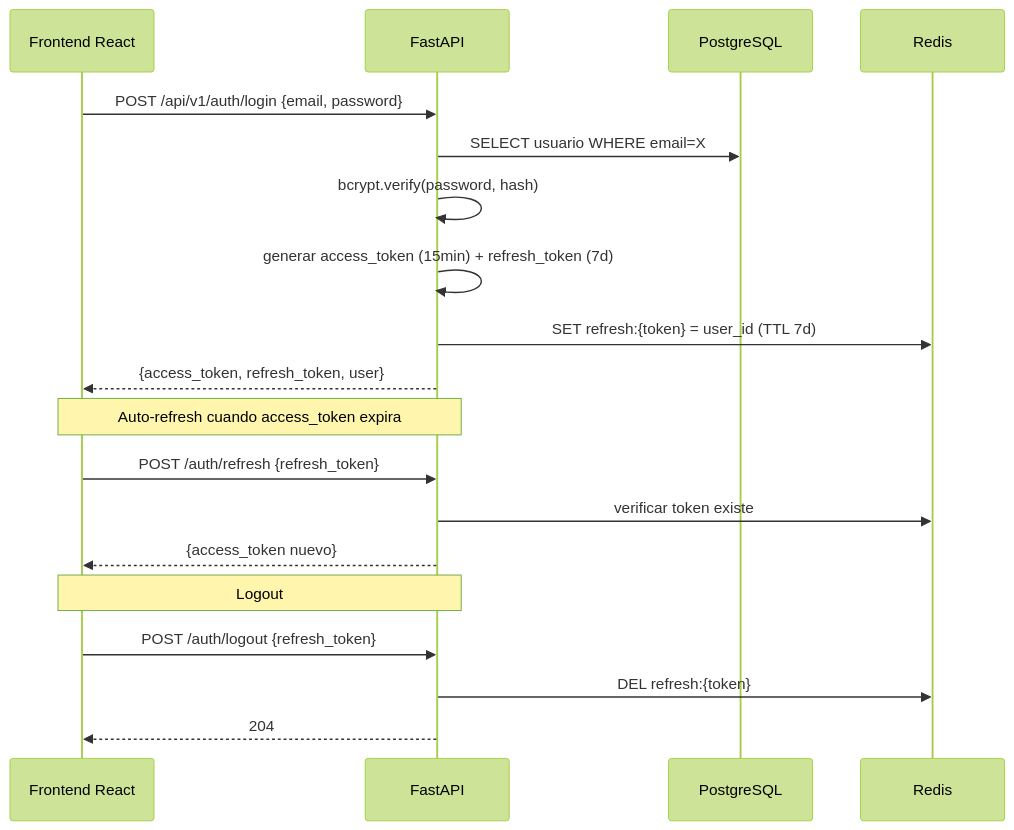
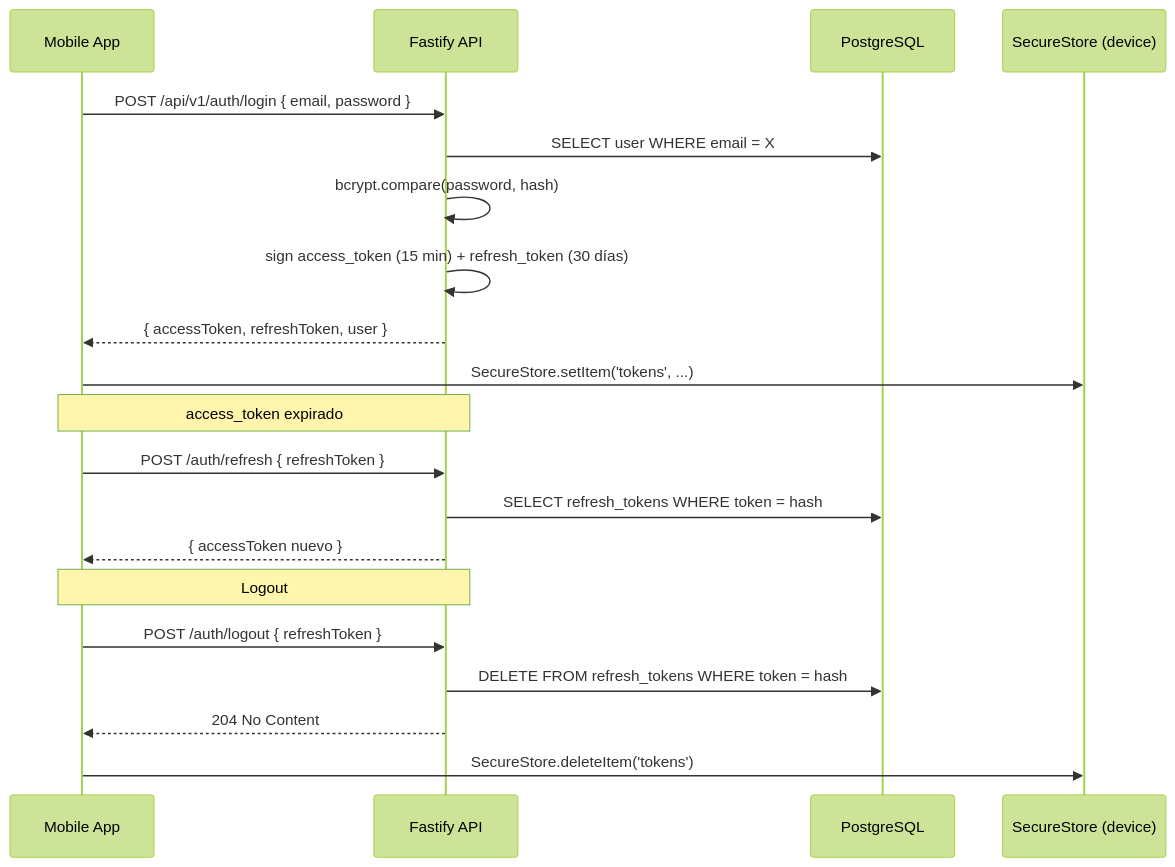
One commit to root-jeff/Sotang-Documentation changed the third of 4 diagrams in arquitectura/componentes.md. Above: the diagram before and after it, drawn with Mermaid (forest theme). The commit also changed other lines of this file and 17 other files, not shown here.

````diff
--- a/arquitectura/componentes.md
+++ b/arquitectura/componentes.md
@@ -102,24 +112,25 @@
 ```mermaid
 sequenceDiagram
-    participant FE as Frontend React
-    participant BE as FastAPI
+    participant APP as Mobile App
+    participant BE as Fastify API
     participant DB as PostgreSQL
-    participant R as Redis
+    participant SS as SecureStore (device)
 
-    FE->>BE: POST /api/v1/auth/login {email, password}
-    BE->>DB: SELECT usuario WHERE email=X
-    BE->>BE: bcrypt.verify(password, hash)
-    BE->>BE: generar access_token (15min) + refresh_token (7d)
-    BE->>R: SET refresh:{token} = user_id (TTL 7d)
-    BE-->>FE: {access_token, refresh_token, user}
+    APP->>BE: POST /api/v1/auth/login { email, password }
+    BE->>DB: SELECT user WHERE email = X
+    BE->>BE: bcrypt.compare(password, hash)
+    BE->>BE: sign access_token (15 min) + refresh_token (30 días)
+    BE-->>APP: { accessToken, refreshToken, user }
+    APP->>SS: SecureStore.setItem('tokens', ...)
 
-    Note over FE,BE: Auto-refresh cuando access_token expira
-    FE->>BE: POST /auth/refresh {refresh_token}
-    BE->>R: verificar token existe
-    BE-->>FE: {access_token nuevo}
+    Note over APP,BE: access_token expirado
+    APP->>BE: POST /auth/refresh { refreshToken }
+    BE->>DB: SELECT refresh_tokens WHERE token = hash
+    BE-->>APP: { accessToken nuevo }
 
-    Note over FE,BE: Logout
-    FE->>BE: POST /auth/logout {refresh_token}
-    BE->>R: DEL refresh:{token}
-    BE-->>FE: 204
+    Note over APP,BE: Logout
+    APP->>BE: POST /auth/logout { refreshToken }
+    BE->>DB: DELETE FROM refresh_tokens WHERE token = hash
+    BE-->>APP: 204 No Content
+    APP->>SS: SecureStore.deleteItem('tokens')
 ```
````
